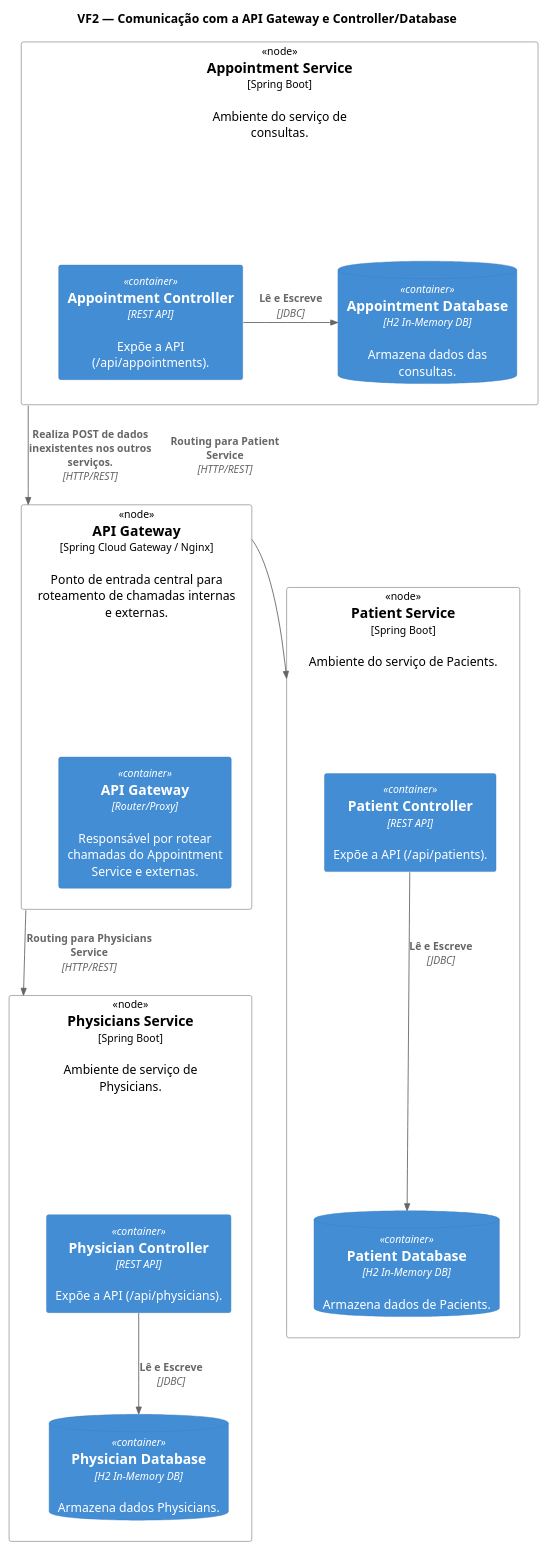
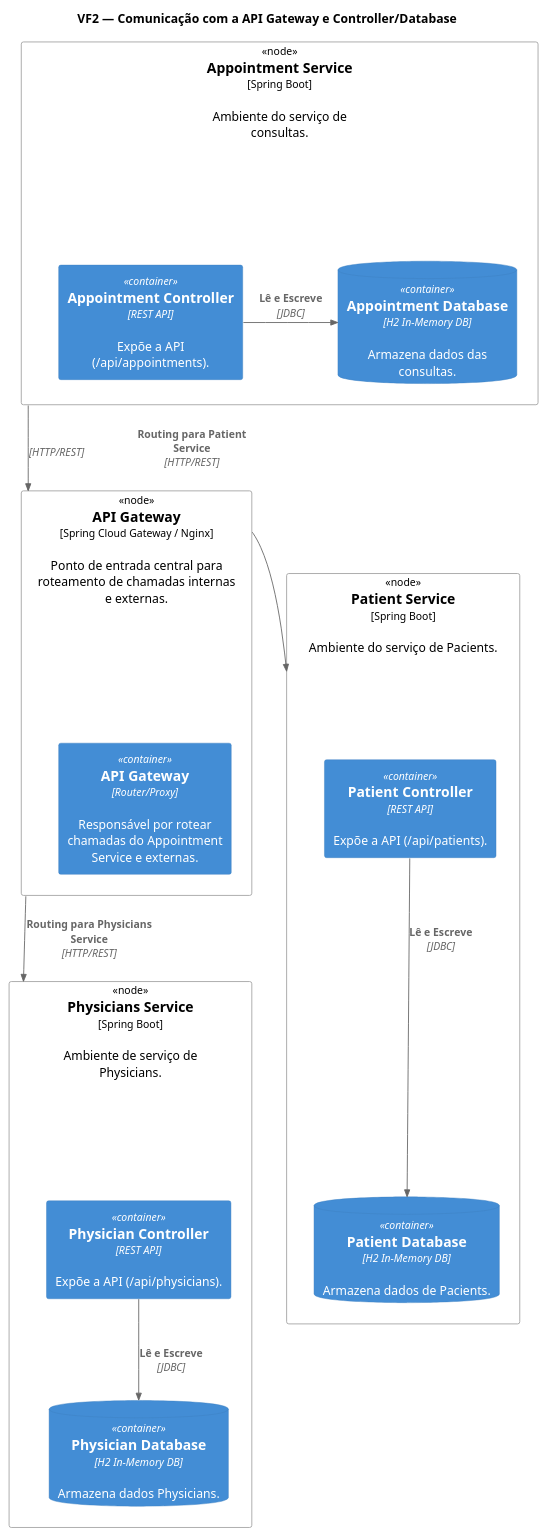
The diagram in docs/Vista Física/VF2.puml (1211104/PROJ_SIDIS2025), drawn with PlantUML before and after one commit. The commit also changed 2 other files, not shown here.

```diff
--- a/docs/Vista Física/VF2.puml
+++ b/docs/Vista Física/VF2.puml
@@ -1,36 +1,36 @@
 @startuml C4 Deployment Diagram - With API Gateway
 
 !include https://raw.githubusercontent.com/plantuml-stdlib/C4-PlantUML/master/C4_Container.puml
 !include https://raw.githubusercontent.com/plantuml-stdlib/C4-PlantUML/master/C4_Deployment.puml
 
 title VF2 — Comunicação com a API Gateway e Controller/Database
 
     Deployment_Node(APIGatewayNode, "API Gateway", "Spring Cloud Gateway / Nginx", "Ponto de entrada central para roteamento de chamadas internas e externas.") {
         Container(APIGateway, "API Gateway", "Router/Proxy", "Responsável por rotear chamadas do Appointment Service e externas.")
     }
 
     Deployment_Node(AppointmentServiceNode, "Appointment Service", "Spring Boot", "Ambiente do serviço de consultas.") {
         Container(AppointmentController, "Appointment Controller", "REST API", "Expõe a API (/api/appointments).")
         ContainerDb(AppointmentDB, "Appointment Database", "H2 In-Memory DB", "Armazena dados das consultas.")
     }
 
     Deployment_Node(PatientServiceNode, "Patient Service", "Spring Boot", "Ambiente do serviço de Pacients.") {
         Container(PatientController, "Patient Controller", "REST API", "Expõe a API (/api/patients).")
         ContainerDb(PatientDB, "Patient Database", "H2 In-Memory DB", "Armazena dados de Pacients.")
     }
 
     Deployment_Node(PhysicianServiceNode, "Physicians Service", "Spring Boot", "Ambiente de serviço de Physicians.") {
         Container(PhysicianController, "Physician Controller", "REST API", "Expõe a API (/api/physicians).")
         ContainerDb(PhysicianDB, "Physician Database", "H2 In-Memory DB", "Armazena dados Physicians.")
     }
 
 Rel(PatientController, PatientDB, "Lê e Escreve", "JDBC")
 Rel(PhysicianController, PhysicianDB, "Lê e Escreve", "JDBC")
 Rel_Right(AppointmentController, AppointmentDB, "Lê e Escreve", "JDBC")
 
-Rel_Down(AppointmentServiceNode, APIGatewayNode, "Realiza POST de dados inexistentes nos outros serviços.", "HTTP/REST")
+Rel_Down(AppointmentServiceNode, APIGatewayNode, "", "HTTP/REST")
 
 Rel_Right(APIGatewayNode, PatientServiceNode, "Routing para Patient Service", "HTTP/REST")
 Rel_Down(APIGatewayNode, PhysicianServiceNode, "Routing para Physicians Service", "HTTP/REST")
 
 @enduml
```
